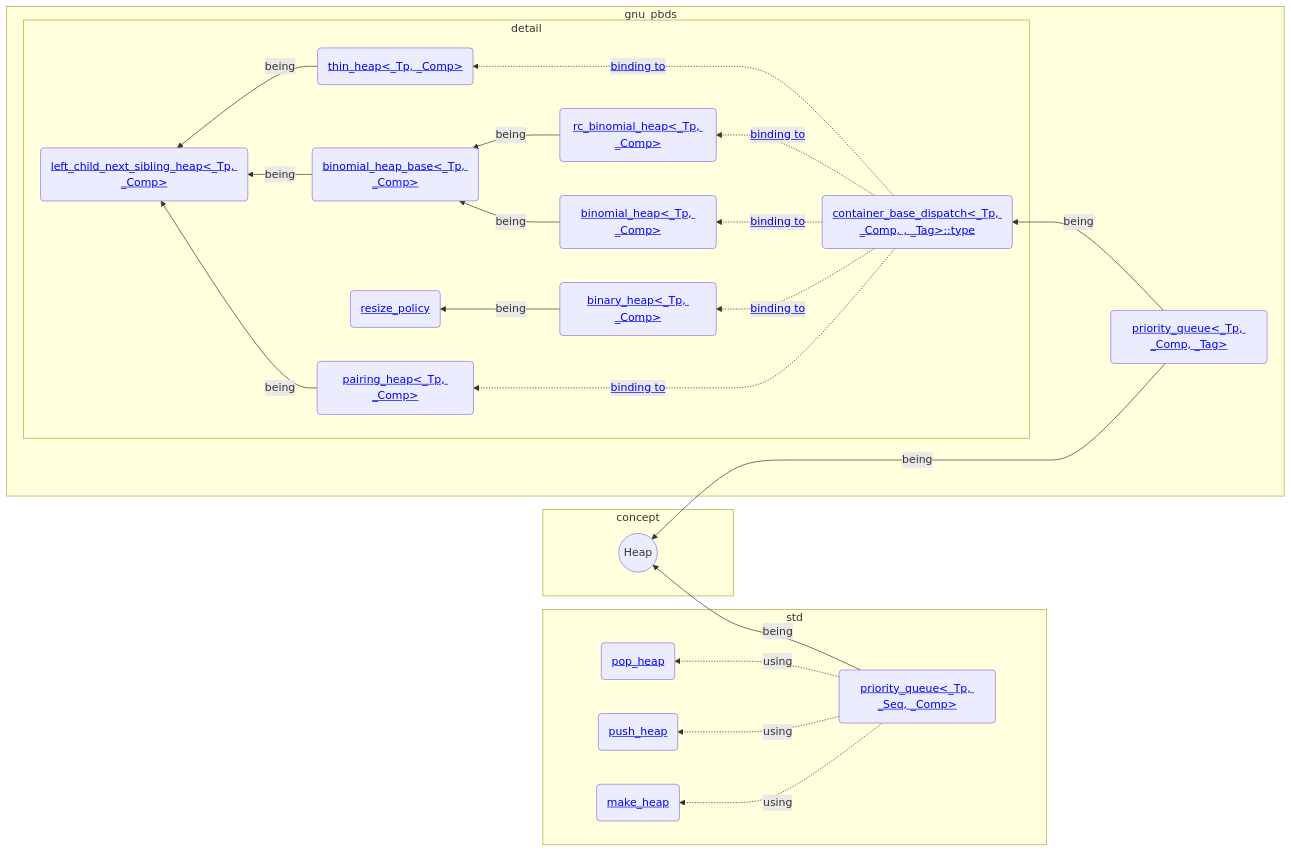
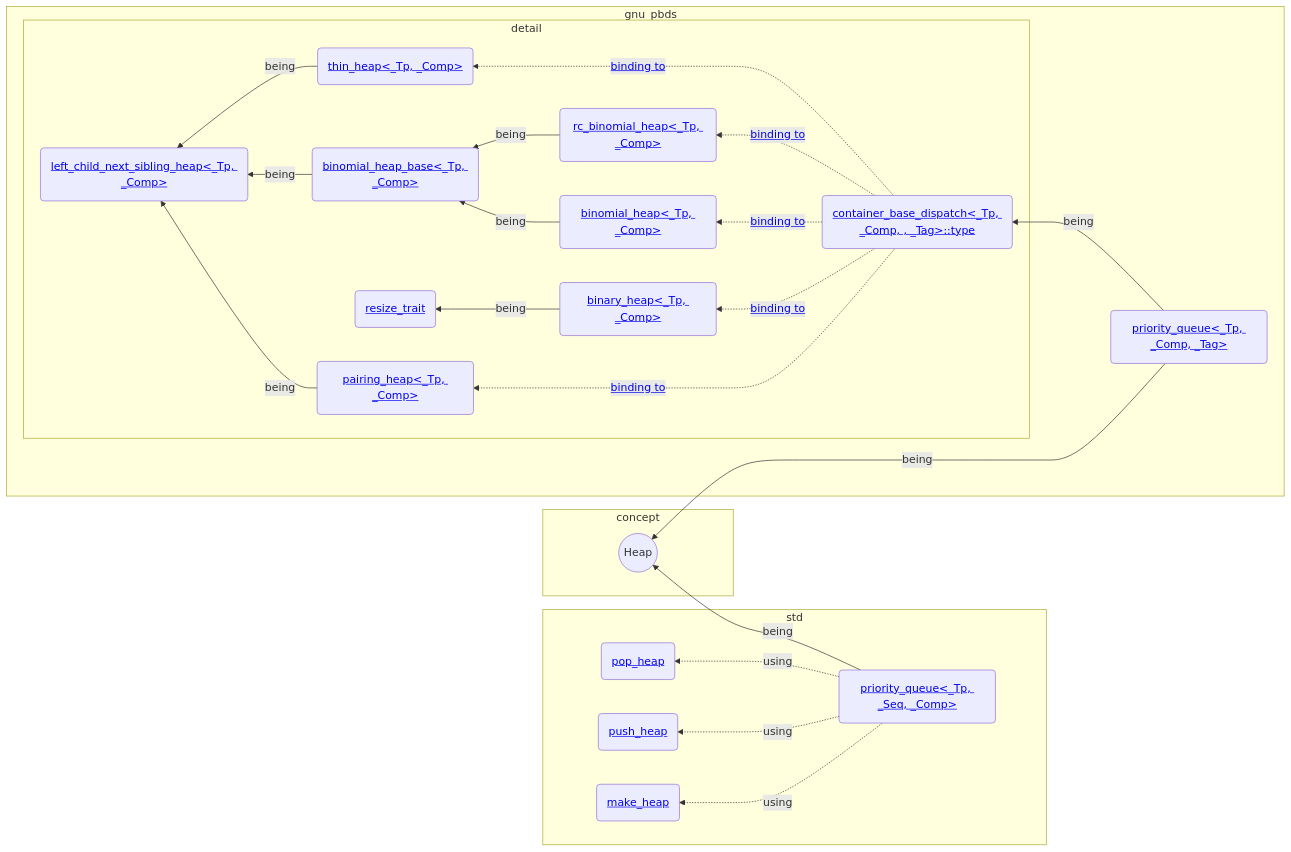
Before and after one commit to AsherJingkongChen/ds-assign4: the diagram in doc/priority_queue.md, drawn with Mermaid. The commit also changed 13 other files, not shown here.

````diff
--- a/doc/priority_queue.md
+++ b/doc/priority_queue.md
@@ -3,50 +3,50 @@
 ```mermaid
 graph RL;
 subgraph concept
   heap((Heap));
 end
 
 spq(<a href=https://gcc.gnu.org/onlinedocs/gcc-12.2.0/libstdc++/api/a08762.html>priority_queue<_Tp, _Seq, _Comp></a>);
 make(<a href=https://gcc.gnu.org/onlinedocs/gcc-12.2.0/libstdc++/api/a01614.html#ga2a685c934e85086e5ac372026e8064f6>make_heap</a>);
 push(<a href=https://gcc.gnu.org/onlinedocs/gcc-12.2.0/libstdc++/api/a01614.html#gab628ce505c9574f8929a0fa49ed514b3>push_heap</a>);
 pop(<a href=https://gcc.gnu.org/onlinedocs/gcc-12.2.0/libstdc++/api/a01614.html#ga0a57ba46981d46e0f3ebd4703d0ad18b>pop_heap);
 
 binhp(<a href=https://gcc.gnu.org/onlinedocs/gcc-12.2.0/libstdc++/api/a13278.html>binary_heap<_Tp, _Comp></a>);
 bimhp(<a href=https://gcc.gnu.org/onlinedocs/gcc-12.2.0/libstdc++/api/a13326.html>binomial_heap<_Tp, _Comp></a>);
 pahp(<a href=https://gcc.gnu.org/onlinedocs/gcc-12.2.0/libstdc++/api/a13550.html>pairing_heap<_Tp, _Comp></a>);
 rbimhp(<a href=https://gcc.gnu.org/onlinedocs/gcc-12.2.0/libstdc++/api/a13654.html>rc_binomial_heap<_Tp, _Comp></a>);
 thinhp(<a href=https://gcc.gnu.org/onlinedocs/gcc-12.2.0/libstdc++/api/a13702.html>thin_heap<_Tp, _Comp></a>);
 
 gpq(<a href=https://gcc.gnu.org/onlinedocs/gcc-12.2.0/libstdc++/api/a12902.html>priority_queue<_Tp, _Comp, _Tag></a>);
 gcbdtp(<a href=https://gcc.gnu.org/onlinedocs/gcc-12.2.0/libstdc++/api/a13070.html>container_base_dispatch<_Tp, _Comp, , _Tag>::type</a>);
 lcnsh(<a href=https://gcc.gnu.org/onlinedocs/gcc-12.2.0/libstdc++/api/a13482.html>left_child_next_sibling_heap<_Tp, _Comp></a>);
-rzplc(<a href=https://gcc.gnu.org/onlinedocs/gcc-12.2.0/libstdc++/api/a13322.html>resize_policy</a>);
+rzplc(<a href=https://gcc.gnu.org/onlinedocs/gcc-12.2.0/libstdc++/api/a13322.html>resize_trait</a>);
 bimhpb(<a href=https://gcc.gnu.org/onlinedocs/gcc-12.2.0/libstdc++/api/a13330.html>binomial_heap_base<_Tp, _Comp></a>);
 
 subgraph std
   spq .->|using| make;
   spq .->|using| push;
   spq .->|using| pop;
   spq -->|being| heap;
 end
 
 subgraph __gnu_pbds
   gpq --->|being| heap;
   gpq -->|being| gcbdtp;
 
   subgraph detail
     gcbdtp .->|<a href=https://gcc.gnu.org/onlinedocs/gcc-12.2.0/libstdc++/api/a13150.html#adecf3a56bd35a5ca376d0492e7123a7b>binding to</a>| pahp;
     gcbdtp .->|<a href=https://gcc.gnu.org/onlinedocs/gcc-12.2.0/libstdc++/api/a13162.html#adbbd8131d9a4cdc53e280a34f161dd3c>binding to</a>| binhp;
     gcbdtp .->|<a href=https://gcc.gnu.org/onlinedocs/gcc-12.2.0/libstdc++/api/a13154.html#ab4cecfd9b1ed21229fe049cabebe321c>binding to</a>| bimhp;
     gcbdtp .->|<a href=https://gcc.gnu.org/onlinedocs/gcc-12.2.0/libstdc++/api/a13158.html#a7d1df51ac2b0c2e893e450bf7fe9e379>binding to</a>| rbimhp;
     gcbdtp .->|<a href=https://gcc.gnu.org/onlinedocs/gcc-12.2.0/libstdc++/api/a13166.html#a9810405868a4fa2e115def4f7da71b66>binding to</a>| thinhp;
 
     binhp -->|being| rzplc;
     bimhpb -->|being| lcnsh;
     bimhp -->|being| bimhpb;
     rbimhp -->|being| bimhpb;
     pahp --> |being| lcnsh;
     thinhp -->|being| lcnsh;
   end
 end
 ```
````
